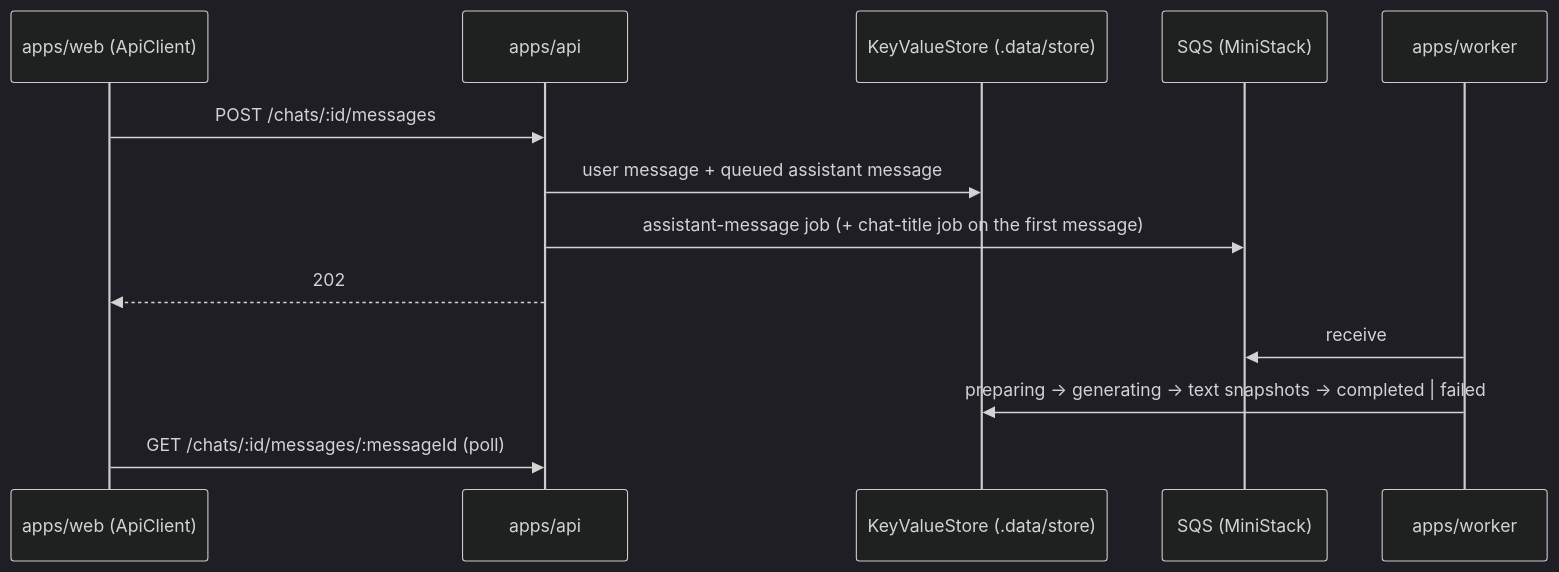
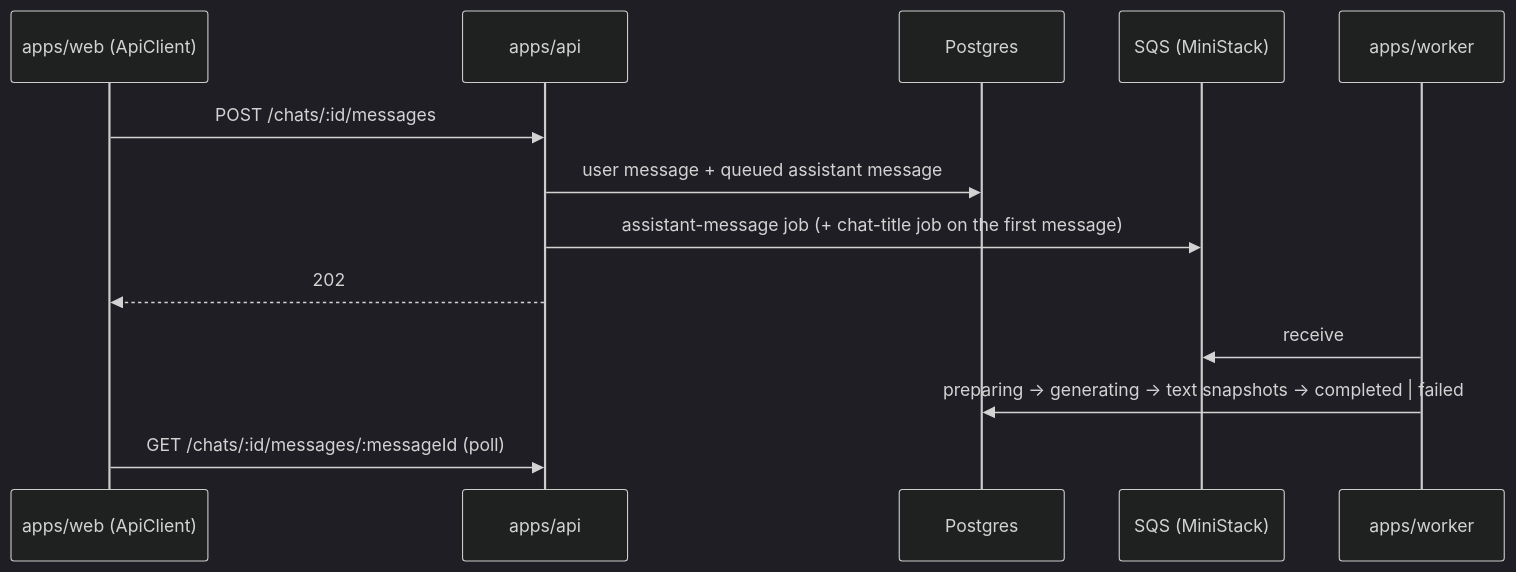
One commit to khotei/app-template changed the diagram in README.md. Above: the diagram before and after it, drawn with Mermaid (dark theme). The commit also changed other lines of this file and 3508 other files, not shown here.

First line of the commit message:
:sparkles: feat(postgres-drizzle): Store in Postgres, reset the layering (#8)

````diff
--- a/README.md
+++ b/README.md
@@ -19,15 +18,15 @@
 ```mermaid
 sequenceDiagram
   participant W as apps/web (ApiClient)
   participant A as apps/api
-  participant S as KeyValueStore (.data/store)
+  participant S as Postgres
   participant Q as SQS (MiniStack)
   participant K as apps/worker
   W->>A: POST /chats/:id/messages
   A->>S: user message + queued assistant message
   A->>Q: assistant-message job (+ chat-title job on the first message)
   A-->>W: 202
   K->>Q: receive
   K->>S: preparing → generating → text snapshots → completed | failed
   W->>A: GET /chats/:id/messages/:messageId (poll)
 ```
````
